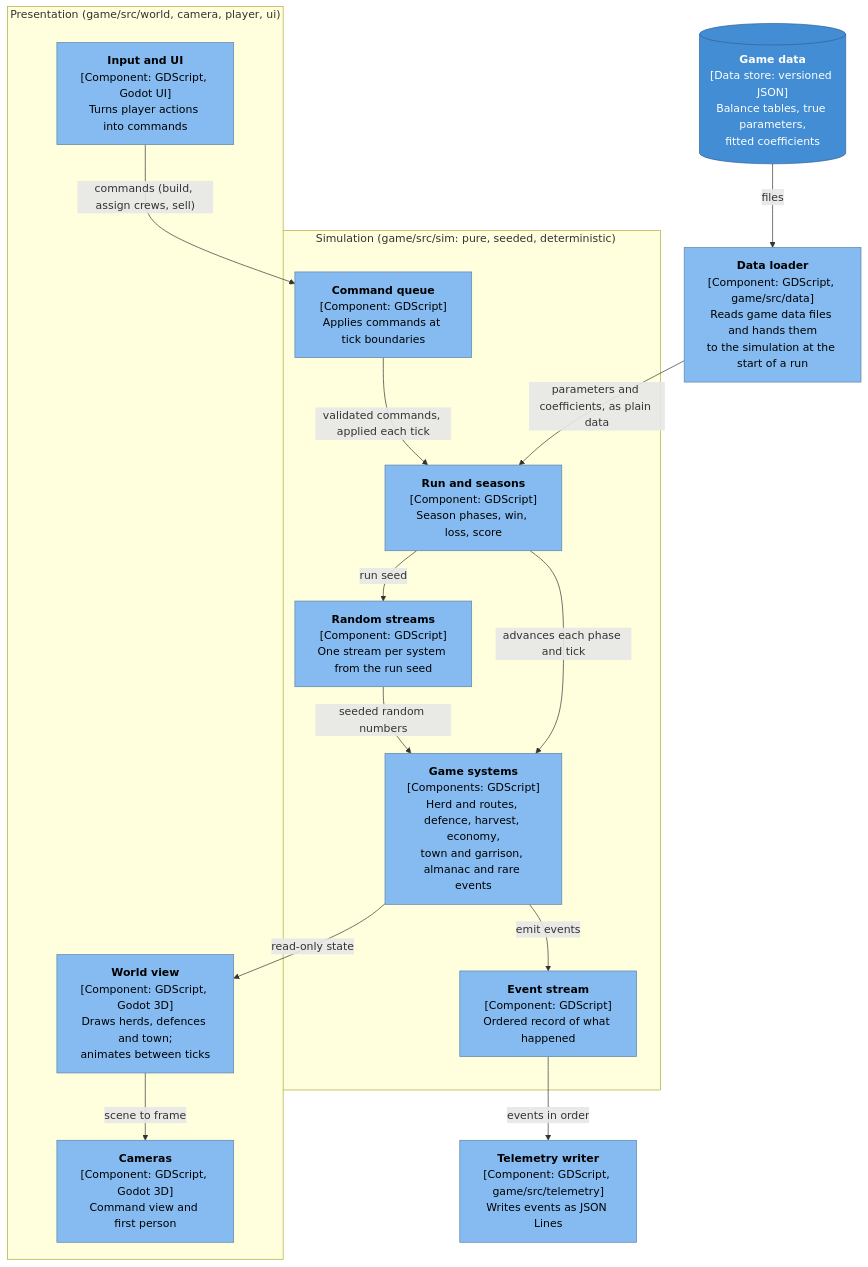
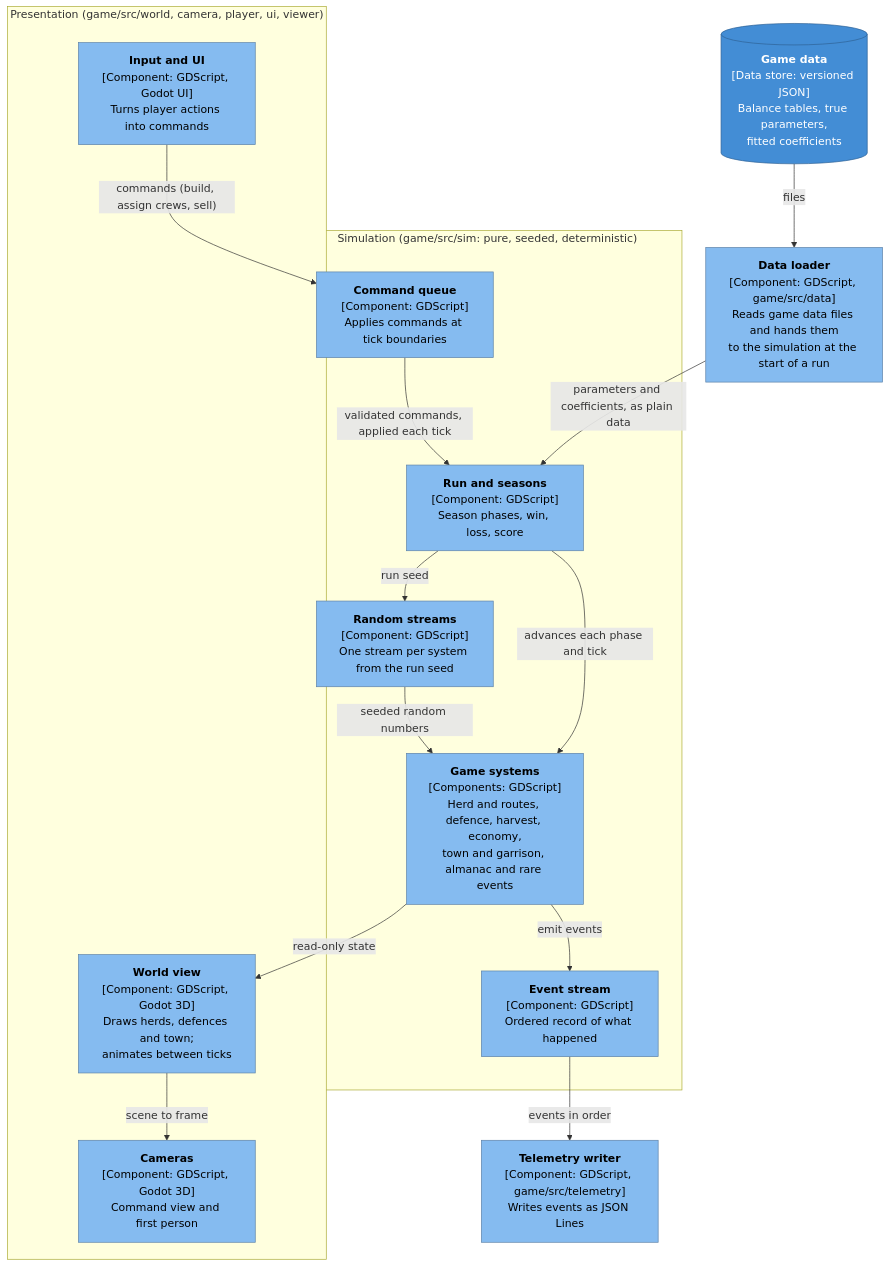
One commit to Huntling94/tallow changed the third of 7 diagrams in docs/architecture/overview.md. Above: the diagram before and after it, drawn with Mermaid. The commit also changed other lines of this file and 25 other files, not shown here.

````diff
--- a/docs/architecture/overview.md
+++ b/docs/architecture/overview.md
@@ -99,39 +99,39 @@
 ```mermaid
 flowchart TB
     data[("<b>Game data</b><br/>[Data store: versioned JSON]<br/>Balance tables, true parameters,<br/>fitted coefficients")]
 
-    subgraph pres["Presentation (game/src/world, camera, player, ui)"]
+    subgraph pres["Presentation (game/src/world, camera, player, ui, viewer)"]
         input["<b>Input and UI</b><br/>[Component: GDScript, Godot UI]<br/>Turns player actions into commands"]
         world["<b>World view</b><br/>[Component: GDScript, Godot 3D]<br/>Draws herds, defences and town;<br/>animates between ticks"]
         camera["<b>Cameras</b><br/>[Component: GDScript, Godot 3D]<br/>Command view and first person"]
     end
 
     loader["<b>Data loader</b><br/>[Component: GDScript, game/src/data]<br/>Reads game data files and hands them<br/>to the simulation at the start of a run"]
 
     subgraph sim["Simulation (game/src/sim: pure, seeded, deterministic)"]
         commands["<b>Command queue</b><br/>[Component: GDScript]<br/>Applies commands at tick boundaries"]
         run["<b>Run and seasons</b><br/>[Component: GDScript]<br/>Season phases, win, loss, score"]
         rng["<b>Random streams</b><br/>[Component: GDScript]<br/>One stream per system from the run seed"]
         systems["<b>Game systems</b><br/>[Components: GDScript]<br/>Herd and routes, defence, harvest, economy,<br/>town and garrison, almanac and rare events"]
         events["<b>Event stream</b><br/>[Component: GDScript]<br/>Ordered record of what happened"]
     end
 
     writer["<b>Telemetry writer</b><br/>[Component: GDScript, game/src/telemetry]<br/>Writes events as JSON Lines"]
 
     data -- "files" --> loader
     loader -- "parameters and coefficients, as plain data" --> run
     input -- "commands (build, assign crews, sell)" --> commands
     commands -- "validated commands, applied each tick" --> run
     run -- "advances each phase and tick" --> systems
     run -- "run seed" --> rng
     rng -- "seeded random numbers" --> systems
     systems -- "emit events" --> events
     systems -- "read-only state" --> world
     world -- "scene to frame" --> camera
     events -- "events in order" --> writer
 
     classDef component fill:#85bbf0,color:#000,stroke:#5d82a8
     classDef store fill:#438dd5,color:#fff,stroke:#2e6295
     class input,world,camera,loader,commands,run,rng,systems,events,writer component
     class data store
 ```
````
